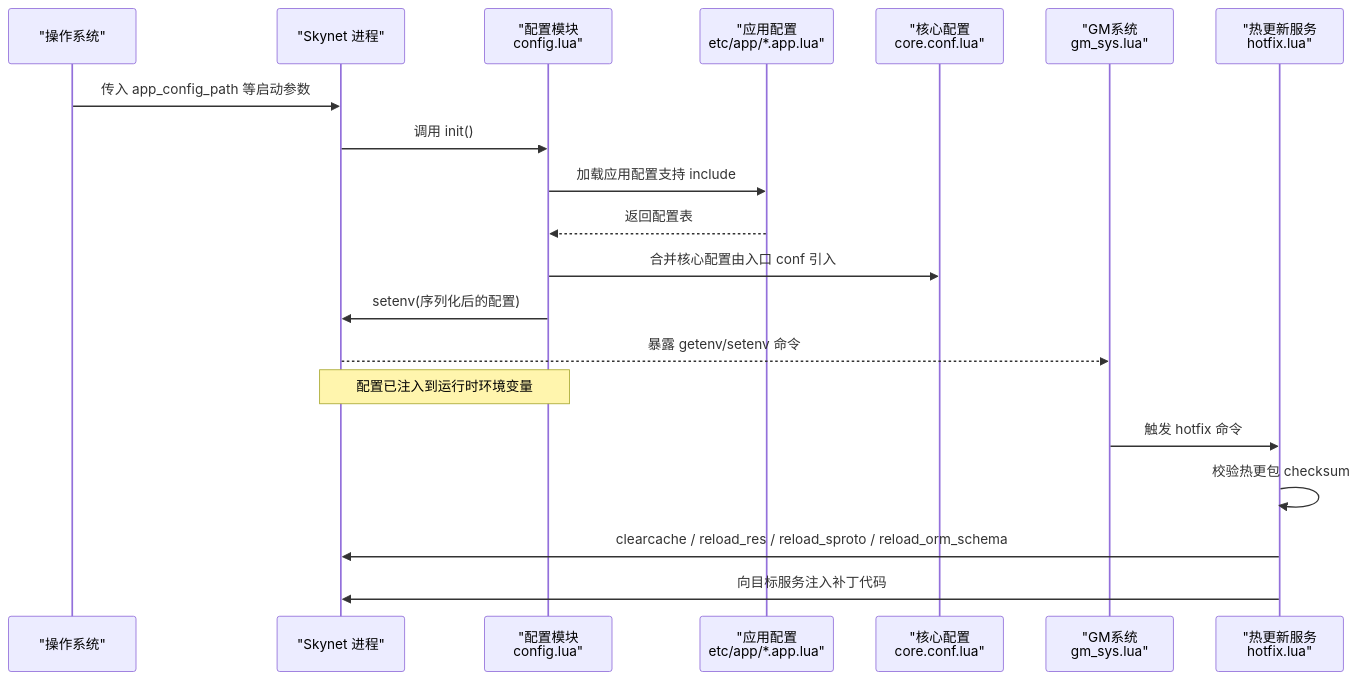
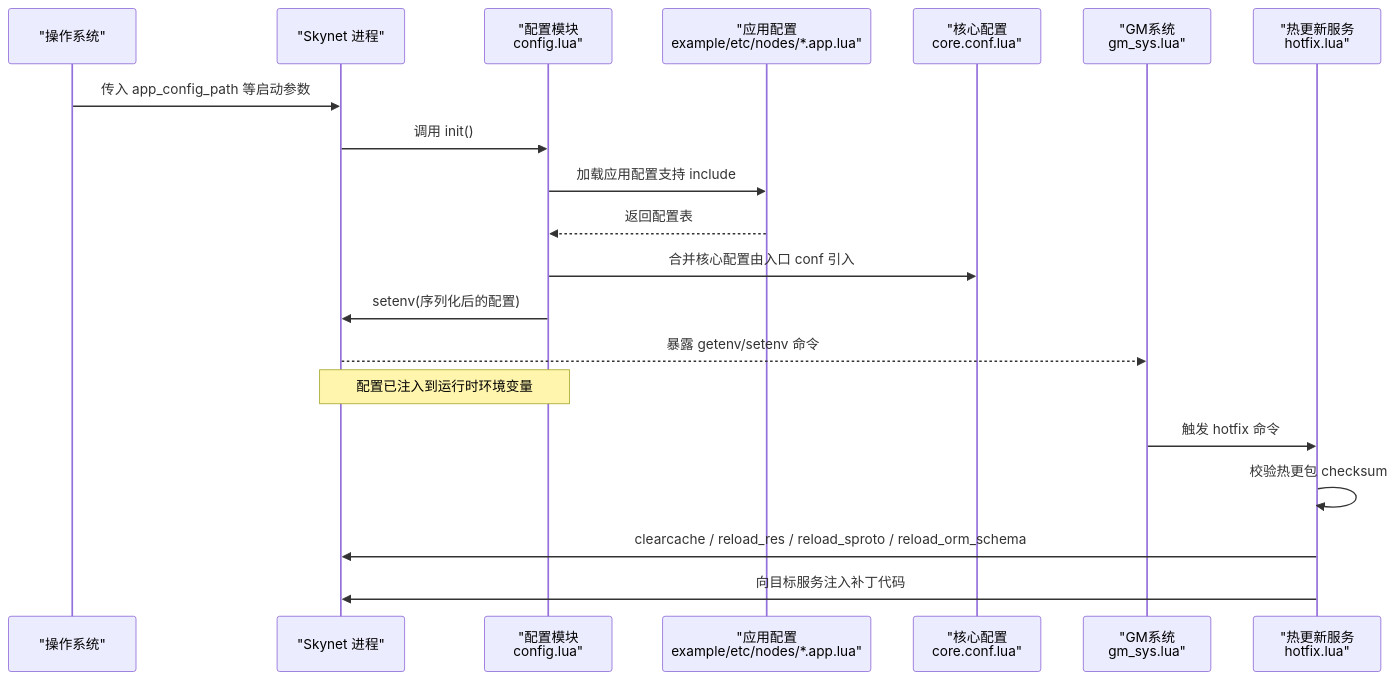
Before and after one commit to hanxi/skyext: the second of 5 diagrams in docs/repowiki/zh/content/部署运维/配置管理.md, drawn with Mermaid. The commit also changed other lines of this file and 117 other files, not shown here.

````diff
--- a/docs/repowiki/zh/content/部署运维/配置管理.md
+++ b/docs/repowiki/zh/content/部署运维/配置管理.md
@@ -93,22 +93,22 @@
 ```mermaid
 sequenceDiagram
 participant OS as "操作系统"
 participant SK as "Skynet 进程"
 participant CFG as "配置模块<br/>config.lua"
-participant APP as "应用配置<br/>etc/app/*.app.lua"
+participant APP as "应用配置<br/>example/etc/nodes/*.app.lua"
 participant CORE as "核心配置<br/>core.conf.lua"
 participant GM as "GM系统<br/>gm_sys.lua"
 participant HF as "热更新服务<br/>hotfix.lua"
 OS->>SK : 传入 app_config_path 等启动参数
 SK->>CFG : 调用 init()
 CFG->>APP : 加载应用配置支持 include
 APP-->>CFG : 返回配置表
 CFG->>CORE : 合并核心配置由入口 conf 引入
 CFG->>SK : setenv(序列化后的配置)
 SK-->>GM : 暴露 getenv/setenv 命令
 Note over SK,CFG : 配置已注入到运行时环境变量
 GM->>HF : 触发 hotfix 命令
 HF->>HF : 校验热更包 checksum
 HF->>SK : clearcache / reload_res / reload_sproto / reload_orm_schema
 HF->>SK : 向目标服务注入补丁代码
 ```
````
